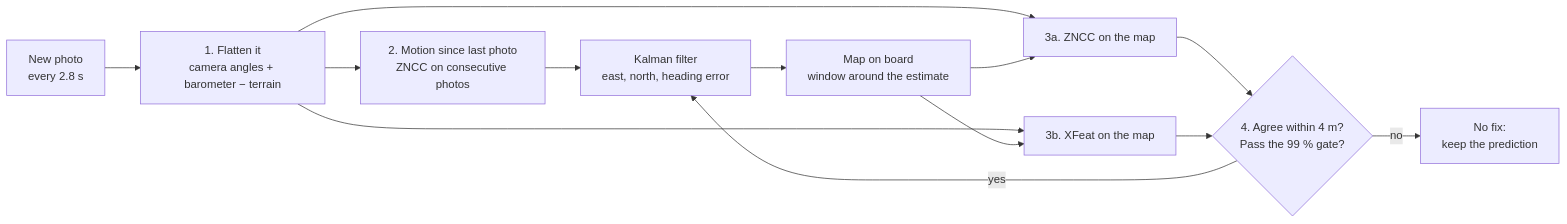
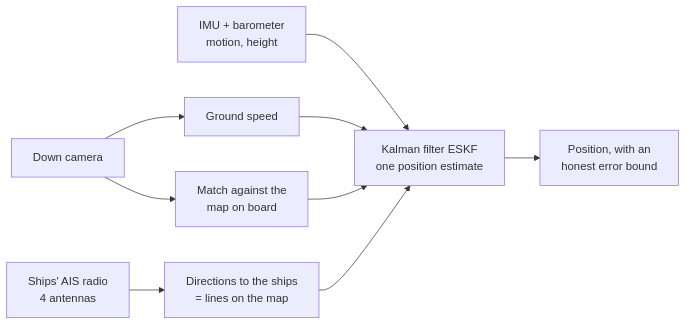
Before and after one commit to ferneediaz/TaipeiDrift: the diagram in README.md, drawn with Mermaid. The commit also changed other lines of this file and 4 other files, not shown here.

````diff
--- a/README.md
+++ b/README.md
@@ -101,15 +47,8 @@
 ```mermaid
 flowchart LR
-  P[New photo<br/>every 2.8 s] --> R[1. Flatten it<br/>camera angles + barometer − terrain]
-  R --> O[2. Motion since last photo<br/>ZNCC on consecutive photos]
-  O --> K[Kalman filter<br/>east, north, heading error]
-  R --> Z[3a. ZNCC on the map]
-  R --> X[3b. XFeat on the map]
-  M[Map on board<br/>window around the estimate] --> Z
-  M --> X
-  Z --> A{4. Agree within 4 m?<br/>Pass the 99 % gate?}
-  X --> A
-  A -- yes --> K
-  A -- no --> N[No fix:<br/>keep the prediction]
-  K --> M
+  IMU[IMU + barometer<br/>motion, height] --> F[Kalman filter ESKF<br/>one position estimate]
+  CAM[Down camera] --> S[Ground speed] --> F
+  CAM --> M[Match against the<br/>map on board] --> F
+  AIS[Ships' AIS radio<br/>4 antennas] --> A[Directions to the ships<br/>= lines on the map] --> F
+  F --> D[Position, with an<br/>honest error bound]
 ```
````
